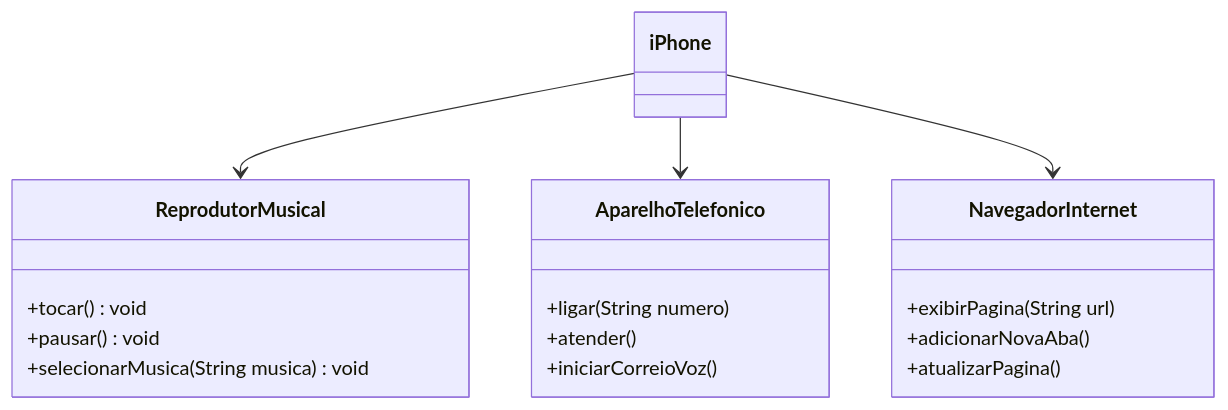
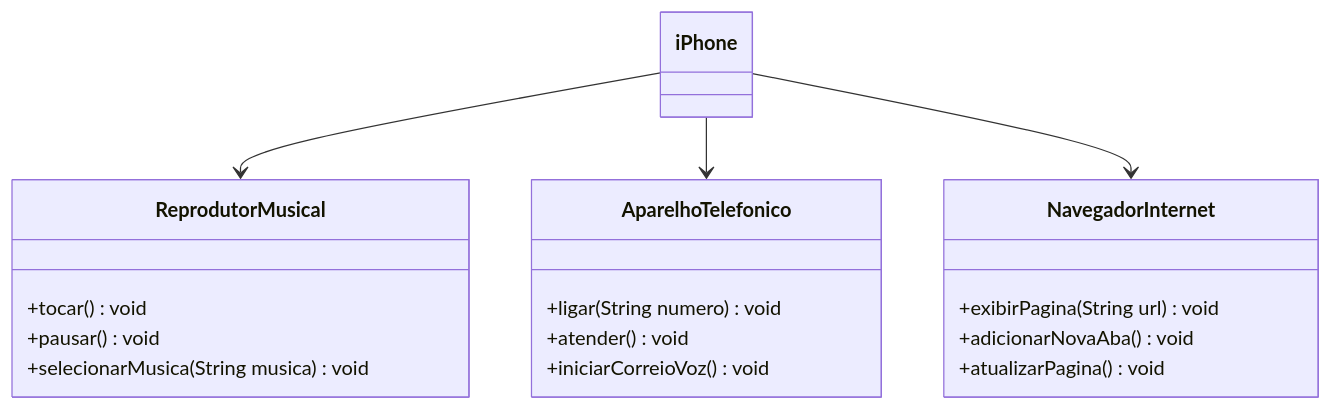
One commit to j1cache2/Modelagem-e-Diagramacao-de-um-Componente-iPhone changed the diagram in README.md. Above: the diagram before and after it, drawn with Mermaid.

````diff
--- a/README.md
+++ b/README.md
@@ -9,26 +9,26 @@
 ```mermaid
 classDiagram
     class ReprodutorMusical {
         +tocar()void
         +pausar()void
         +selecionarMusica(String musica)void
     }
 
     class AparelhoTelefonico {
-        +ligar(String numero)
-        +atender()
-        +iniciarCorreioVoz()
+        +ligar(String numero)void
+        +atender()void
+        +iniciarCorreioVoz()void
     }
 
     class NavegadorInternet {
-        +exibirPagina(String url)
-        +adicionarNovaAba()
-        +atualizarPagina()
+        +exibirPagina(String url)void
+        +adicionarNovaAba()void
+        +atualizarPagina()void
     }
     class iPhone {
     }
 
     iPhone --> ReprodutorMusical
     iPhone --> AparelhoTelefonico
     iPhone --> NavegadorInternet
 ```
````
